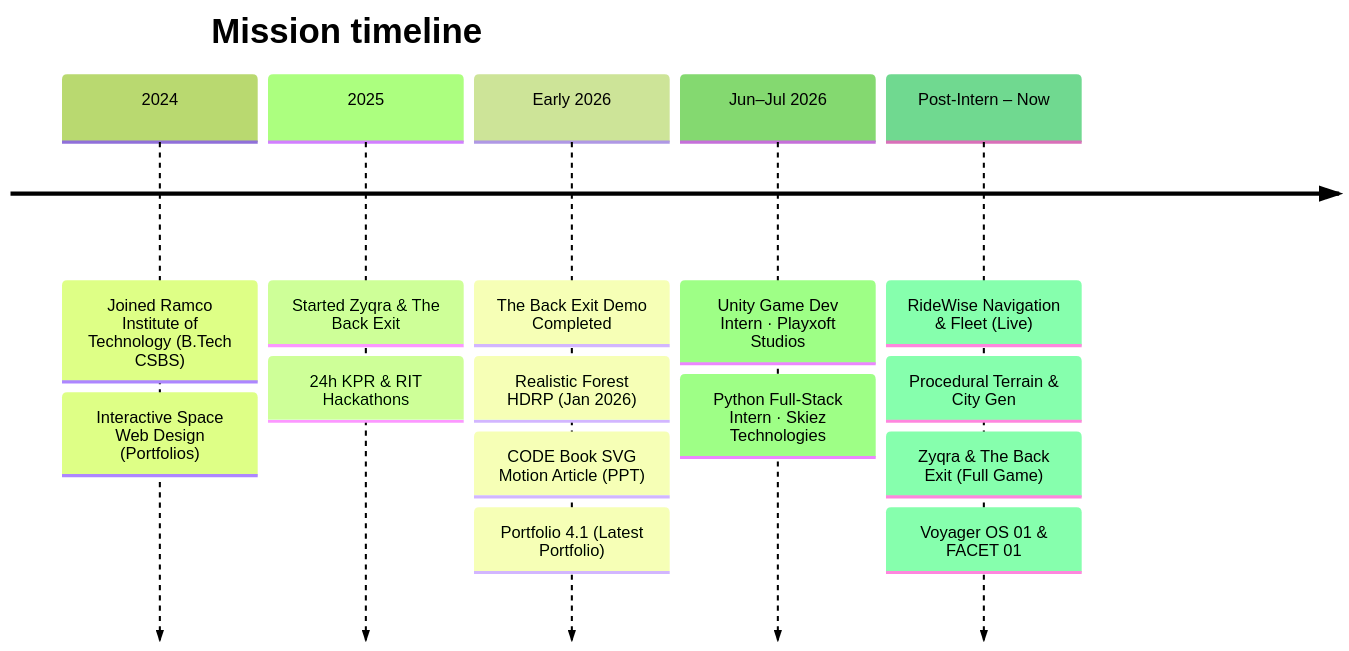
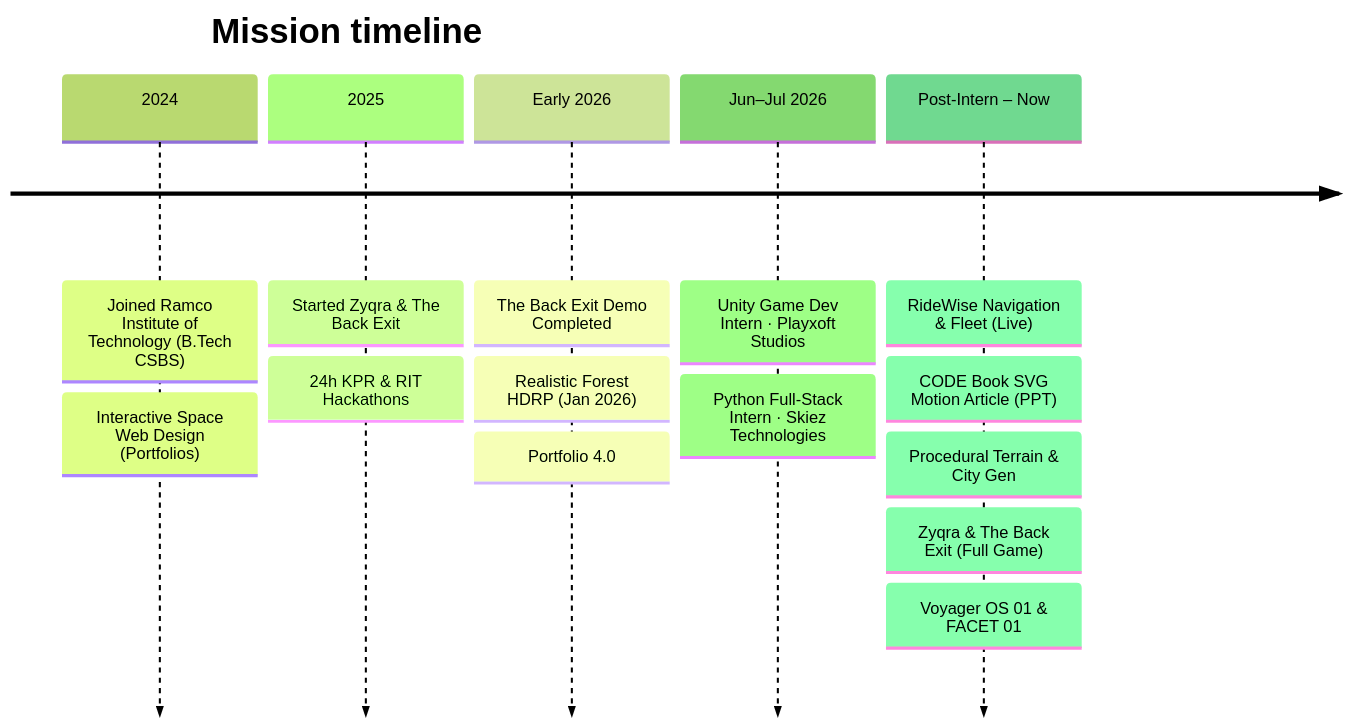
One commit to sGokulaKumaran/sGokulaKumaran changed the diagram in README.md. Above: the diagram before and after it, drawn with Mermaid (forest theme).

Commit message:
Update timeline: change early 2026 to Portfolio 4.0 and move CODE Book article post-internship

````diff
--- a/README.md
+++ b/README.md
@@ -119,9 +119,9 @@
 ```mermaid
 timeline
     title Mission timeline
     2024 : Joined Ramco Institute of Technology (B.Tech CSBS) : Interactive Space Web Design (Portfolios)
     2025 : Started Zyqra & The Back Exit : 24h KPR & RIT Hackathons
-    Early 2026 : The Back Exit Demo Completed : Realistic Forest HDRP (Jan 2026) : CODE Book SVG Motion Article (PPT) : Portfolio 4.1 (Latest Portfolio)
+    Early 2026 : The Back Exit Demo Completed : Realistic Forest HDRP (Jan 2026) : Portfolio 4.0
     Jun–Jul 2026 : Unity Game Dev Intern · Playxoft Studios : Python Full-Stack Intern · Skiez Technologies
-    Post-Intern – Now : RideWise Navigation & Fleet (Live) : Procedural Terrain & City Gen : Zyqra & The Back Exit (Full Game) : Voyager OS 01 & FACET 01
+    Post-Intern – Now : RideWise Navigation & Fleet (Live) : CODE Book SVG Motion Article (PPT) : Procedural Terrain & City Gen : Zyqra & The Back Exit (Full Game) : Voyager OS 01 & FACET 01
 ```
````
